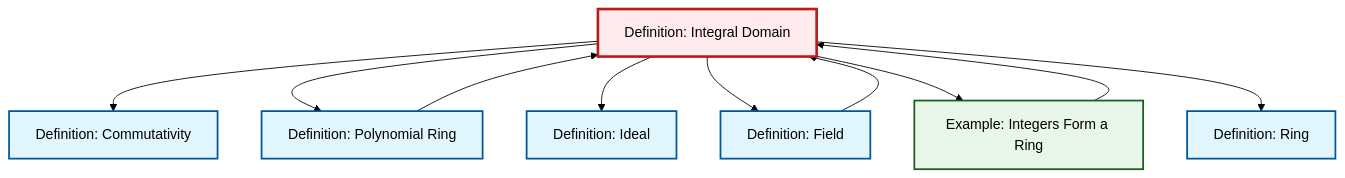
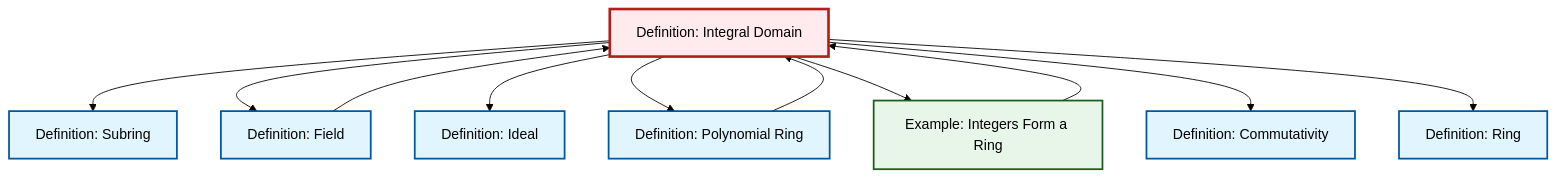
One commit to RK0429/ModernMath changed the diagram in content/en/algebra/def-integral-domain.qmd. Above: the diagram before and after it, drawn with Mermaid (forest theme). The commit also changed 619 other files, not shown here.

````diff
--- a/content/en/algebra/def-integral-domain.qmd
+++ b/content/en/algebra/def-integral-domain.qmd
@@ -93,32 +93,35 @@
 ```{mermaid}
 %%| fig-cap: "Local dependency graph"
 graph TD
     classDef definition fill:#e1f5fe,stroke:#01579b,stroke-width:2px
     classDef theorem fill:#f3e5f5,stroke:#4a148c,stroke-width:2px
     classDef axiom fill:#fff3e0,stroke:#e65100,stroke-width:2px
     classDef example fill:#e8f5e9,stroke:#1b5e20,stroke-width:2px
     classDef current fill:#ffebee,stroke:#b71c1c,stroke-width:3px
     def-integral-domain["Definition: Integral Domain"]:::definition
+    def-commutativity["Definition: Commutativity"]:::definition
+    def-ideal["Definition: Ideal"]:::definition
+    ex-integers-ring["Example: Integers Form a Ring"]:::example
+    def-subring["Definition: Subring"]:::definition
     def-polynomial-ring["Definition: Polynomial Ring"]:::definition
-    def-ideal["Definition: Ideal"]:::definition
     def-field["Definition: Field"]:::definition
-    def-commutativity["Definition: Commutativity"]:::definition
     def-ring["Definition: Ring"]:::definition
-    ex-integers-ring["Example: Integers Form a Ring"]:::example
+    def-integral-domain --> def-subring
+    def-integral-domain --> def-field
+    def-integral-domain --> def-ideal
+    def-field --> def-integral-domain
+    def-polynomial-ring --> def-integral-domain
+    def-integral-domain --> def-polynomial-ring
+    ex-integers-ring --> def-integral-domain
+    def-integral-domain --> ex-integers-ring
     def-integral-domain --> def-commutativity
-    def-integral-domain --> def-polynomial-ring
-    def-field --> def-integral-domain
-    def-integral-domain --> def-ideal
-    def-integral-domain --> def-field
-    def-integral-domain --> ex-integers-ring
-    ex-integers-ring --> def-integral-domain
     def-integral-domain --> def-ring
-    def-polynomial-ring --> def-integral-domain
     class def-integral-domain current
+    click def-commutativity "def-commutativity.html" "Go to Commutativity definition"
+    click def-ideal "def-ideal.html" "Go to Ideal definition"
+    click ex-integers-ring "ex-integers-ring.html" "Go to Integers Form a Ring example"
+    click def-subring "def-subring.html" "Go to Subring definition"
     click def-polynomial-ring "def-polynomial-ring.html" "Go to Polynomial Ring definition"
-    click def-ideal "def-ideal.html" "Go to Ideal definition"
     click def-field "def-field.html" "Go to Field definition"
-    click def-commutativity "def-commutativity.html" "Go to Commutativity definition"
     click def-ring "def-ring.html" "Go to Ring definition"
-    click ex-integers-ring "ex-integers-ring.html" "Go to Integers Form a Ring example"
 ```
````
